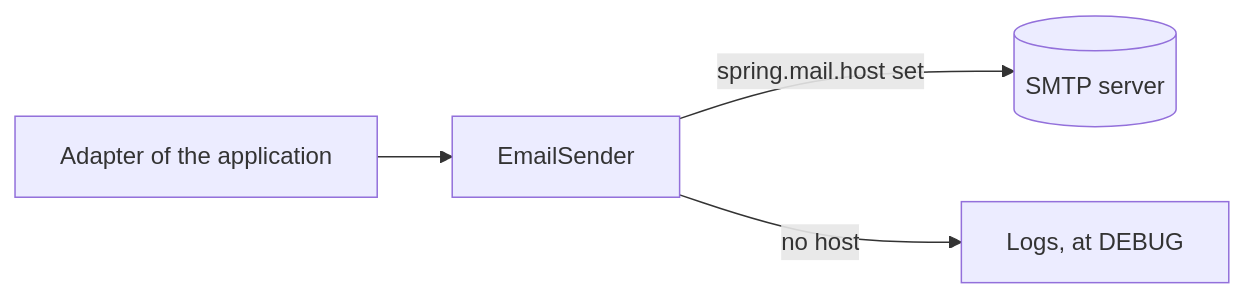
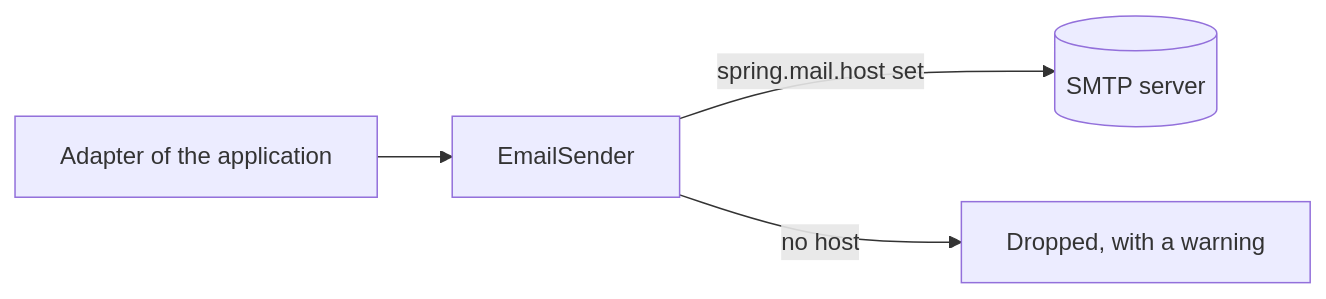
One commit to mboisnard/drinkit changed the diagram in tech-starters/backend/mail-starter/README.md. Above: the diagram before and after it, drawn with Mermaid. The commit also changed other lines of this file and 5 other files, not shown here.

First line of the commit message:
[TECH-STARTER] Drop an email with a warning when no mail server is set, never logging its content (#552)

````diff
--- a/tech-starters/backend/mail-starter/README.md
+++ b/tech-starters/backend/mail-starter/README.md
@@ -7,6 +7,6 @@
 ```mermaid
 flowchart LR
     Adapter[Adapter of the application] --> EmailSender
     EmailSender -->|spring.mail.host set| Smtp[(SMTP server)]
-    EmailSender -->|no host| Logs["Logs, at DEBUG"]
+    EmailSender -->|no host| Dropped["Dropped, with a warning"]
 ```
````
